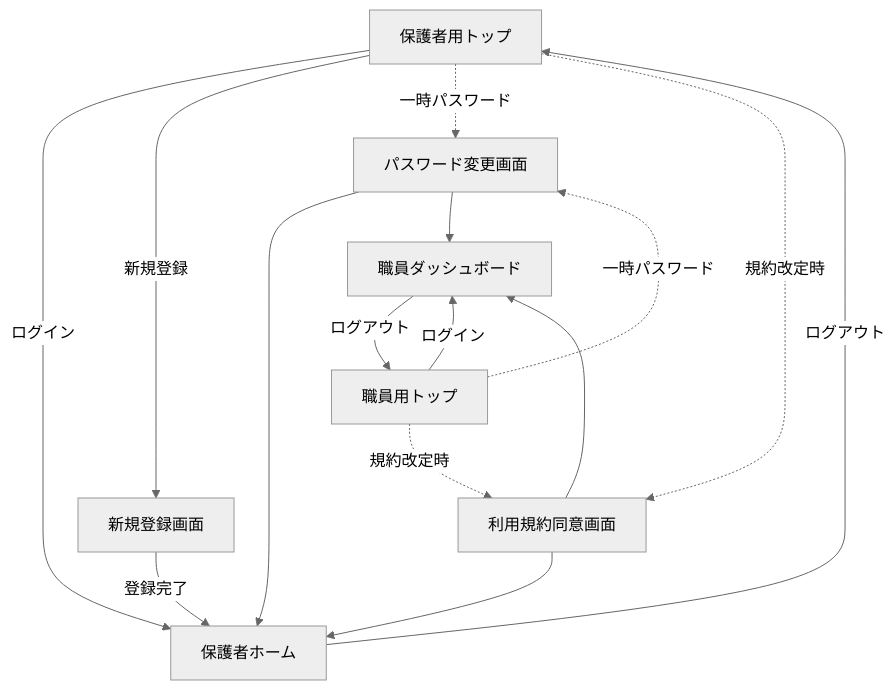
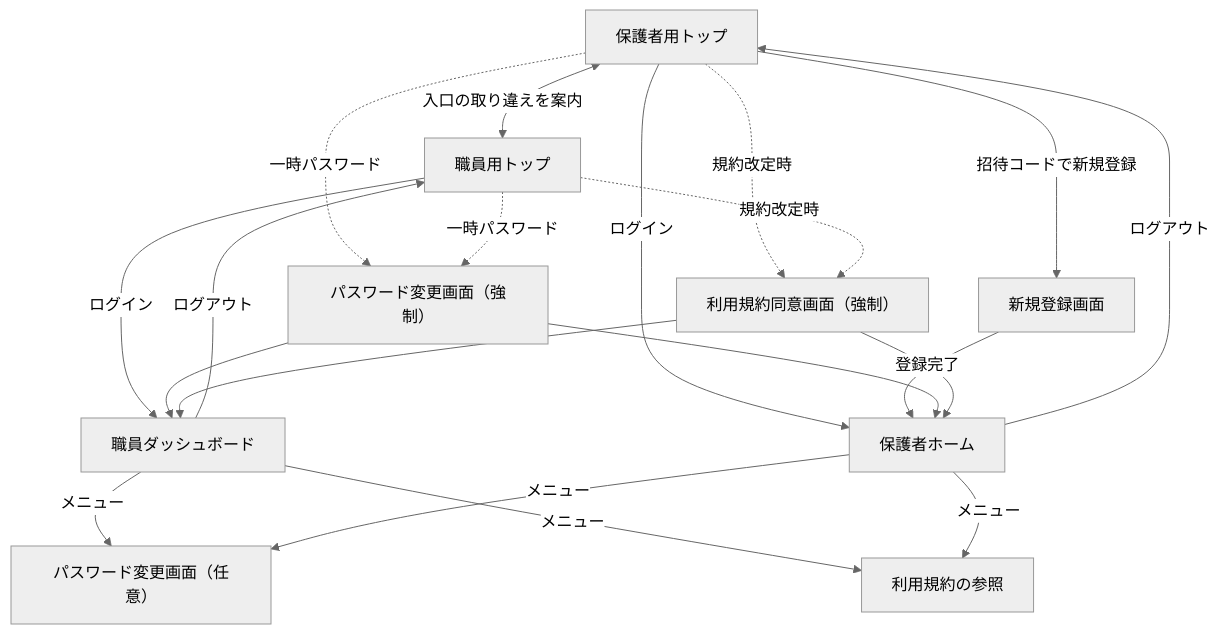
Before and after one commit to issei0423/sukusuku_system: the second of 8 diagrams in 図/画面遷移図.md, drawn with Mermaid (neutral theme). The commit also changed other lines of this file and 38 other files, not shown here.

First line of the commit message:
画面遷移図にモックアップの実画面を貼り、実装との差異を整理した

````diff
--- a/図/画面遷移図.md
+++ b/図/画面遷移図.md
@@ -67,17 +89,22 @@
 ```mermaid
 flowchart TD
     PT["保護者用トップ"] -->|ログイン| PH["保護者ホーム"]
-    PT -->|新規登録| SU["新規登録画面"]
+    PT -->|招待コードで新規登録| SU["新規登録画面"]
     SU -->|登録完了| PH
     ST["職員用トップ"] -->|ログイン| SD["職員ダッシュボード"]
-    PT -.->|一時パスワード| PW["パスワード変更画面"]
+    PT <-->|入口の取り違えを案内| ST
+    PT -.->|一時パスワード| PW["パスワード変更画面（強制）"]
     ST -.->|一時パスワード| PW
     PW --> PH
     PW --> SD
-    PT -.->|規約改定時| TC["利用規約同意画面"]
+    PT -.->|規約改定時| TC["利用規約同意画面（強制）"]
     ST -.->|規約改定時| TC
     TC --> PH
     TC --> SD
+    SD -->|メニュー| PW2["パスワード変更画面（任意）"]
+    PH -->|メニュー| PW2
+    SD -->|メニュー| TC2["利用規約の参照"]
+    PH -->|メニュー| TC2
     PH -->|ログアウト| PT
     SD -->|ログアウト| ST
 ```
````
